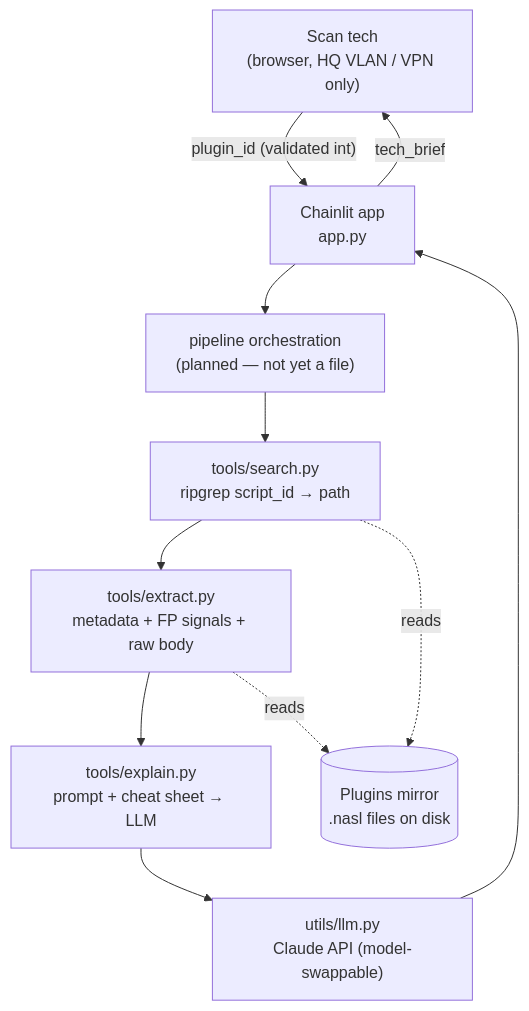
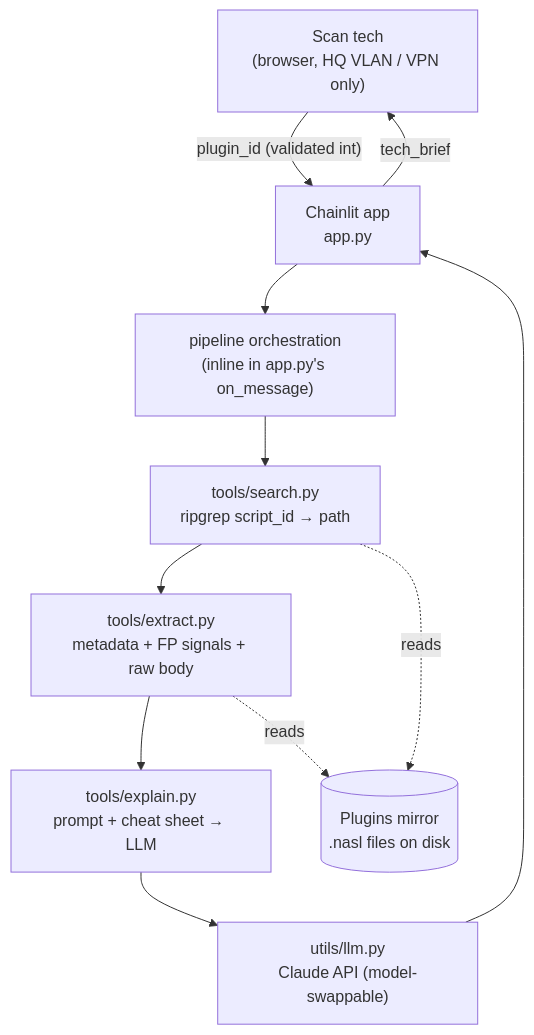
The first of 2 diagrams in docs/ARCHITECTURE.md (landontbell-sm/Scan-Agent), drawn with Mermaid before and after one commit. The commit also changed other lines of this file and 8 other files, not shown here.

````diff
--- a/docs/ARCHITECTURE.md
+++ b/docs/ARCHITECTURE.md
@@ -19,13 +19,13 @@
 ```mermaid
 flowchart TD
     tech["Scan tech<br/>(browser, HQ VLAN / VPN only)"] -->|"plugin_id (validated int)"| ui["Chainlit app<br/>app.py"]
-    ui --> pipe["pipeline orchestration<br/>(planned — not yet a file)"]
+    ui --> pipe["pipeline orchestration<br/>(inline in app.py's on_message)"]
     pipe --> search["tools/search.py<br/>ripgrep script_id → path"]
     search --> extract["tools/extract.py<br/>metadata + FP signals + raw body"]
     extract --> explain["tools/explain.py<br/>prompt + cheat sheet → LLM"]
     explain --> llm["utils/llm.py<br/>Claude API (model-swappable)"]
     search -.reads.-> mirror[("Plugins mirror<br/>.nasl files on disk")]
     extract -.reads.-> mirror
     llm --> ui
     ui -->|tech_brief| tech
 ```
````
